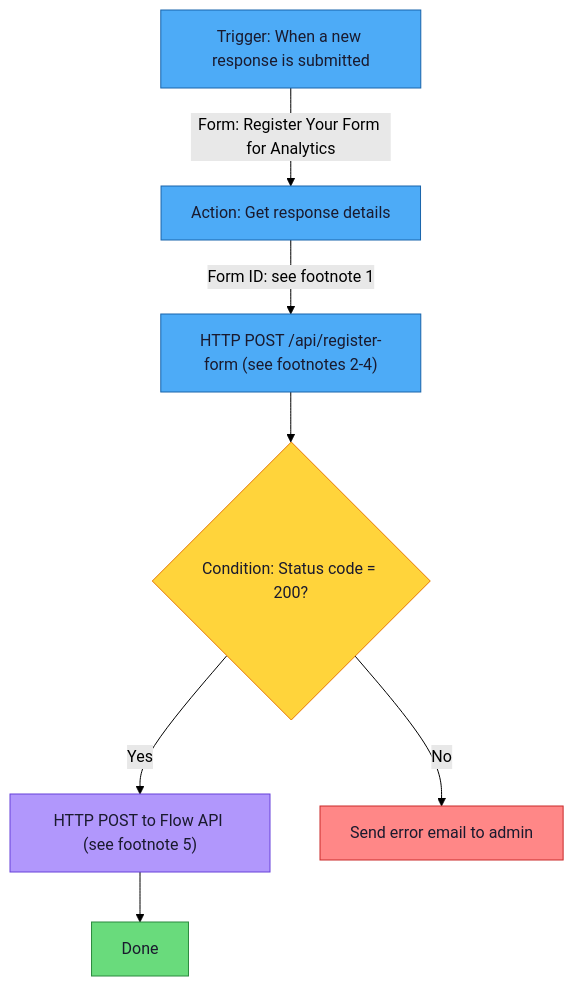
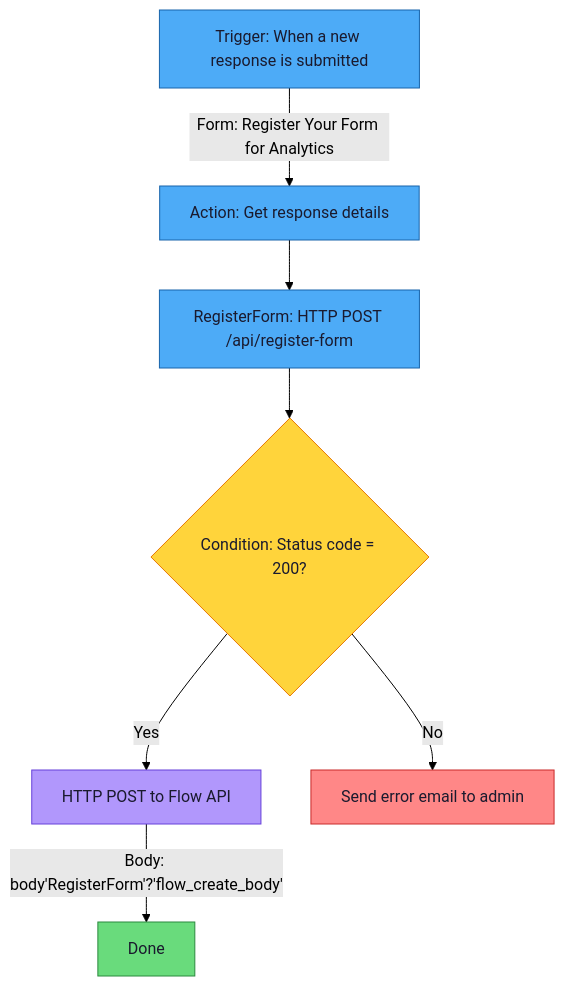
One commit to michaelhuot-msft/forms-to-fabric changed the first of 2 diagrams in docs/registration-form-template.md. Above: the diagram before and after it, drawn with Mermaid (forest theme). The commit also changed other lines of this file, not shown here.

Commit message:
Document PA action naming: rename to RegisterForm, exact expression
- Step 5 now says to rename the HTTP action to 'RegisterForm'
  (no hyphens/spaces — PA expressions break with special chars)
- Body expression: body('RegisterForm')?['flow_create_body']
  entered in Expression tab, not Dynamic content
- Added warning callout about the rename requirement
- Updated diagram to show the action name

````diff
--- a/docs/registration-form-template.md
+++ b/docs/registration-form-template.md
@@ -86,30 +86,30 @@
 ```mermaid
 flowchart TD
     T[Trigger: When a new response is submitted]
     T -->|"Form: Register Your Form for Analytics"| G
 
     G[Action: Get response details]
-    G -->|"Form ID: see footnote 1"| H
+    G --> H
 
-    H["HTTP POST /api/register-form (see footnotes 2-4)"]
+    H["RegisterForm: HTTP POST /api/register-form"]
     H --> C
 
     C{Condition: Status code = 200?}
-    C -- Yes --> F["HTTP POST to Flow API (see footnote 5)"]
-    F --> OK[Done]
+    C -- Yes --> F["HTTP POST to Flow API"]
+    F -->|"Body: body'RegisterForm'?'flow_create_body'"| OK[Done]
     C -- No --> ERR[Send error email to admin]
 
     classDef primary fill:#4dabf7,stroke:#1864ab,color:#1a1a2e
     classDef success fill:#69db7c,stroke:#2b8a3e,color:#1a1a2e
     classDef warning fill:#ffd43b,stroke:#e67700,color:#1a1a2e
     classDef danger fill:#ff8787,stroke:#c92a2a,color:#1a1a2e
     classDef info fill:#b197fc,stroke:#6741d9,color:#1a1a2e
 
     T:::primary
     G:::primary
     H:::primary
     C:::warning
     F:::info
     OK:::success
     ERR:::danger
 ```
````
